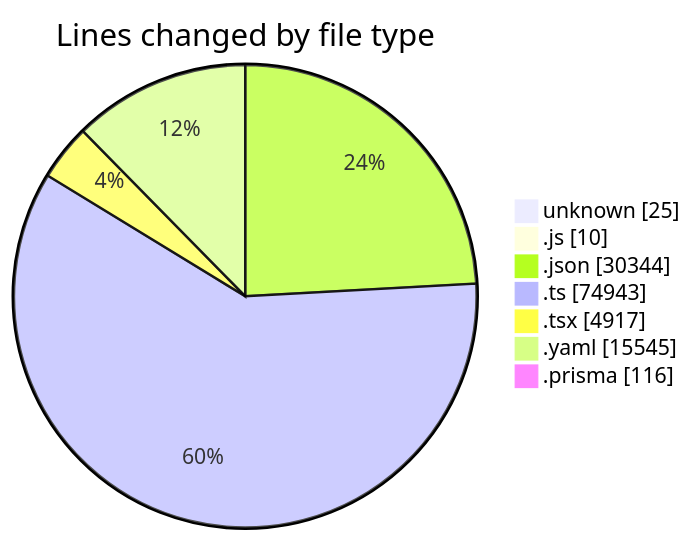
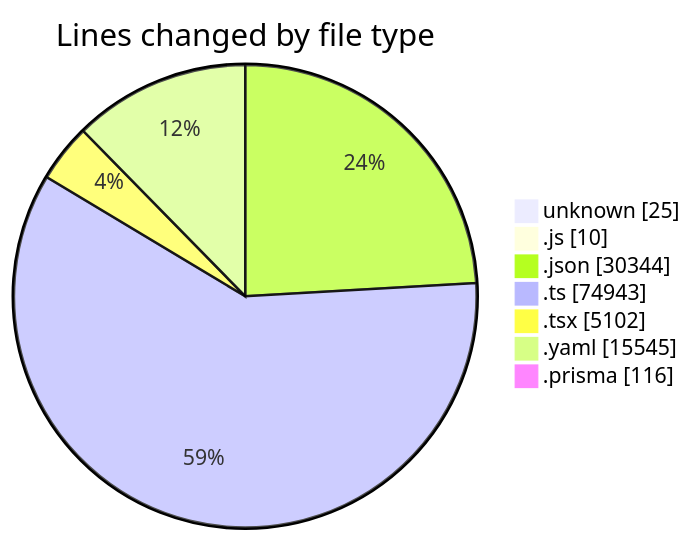
Before and after one commit to CELIANVF/code-tracking: the first of 2 diagrams in 2025-05-02/ecodeli/README.md, drawn with Mermaid. The commit also changed other lines of this file and 1 other file, not shown here.

````diff
--- a/2025-05-02/ecodeli/README.md
+++ b/2025-05-02/ecodeli/README.md
@@ -75,11 +77,11 @@
 ```mermaid
 pie showData
 title Lines changed by file type
 "unknown" : 25
 ".js" : 10
 ".json" : 30344
 ".ts" : 74943
-".tsx" : 4917
+".tsx" : 5102
 ".yaml" : 15545
 ".prisma" : 116
 ```
````
